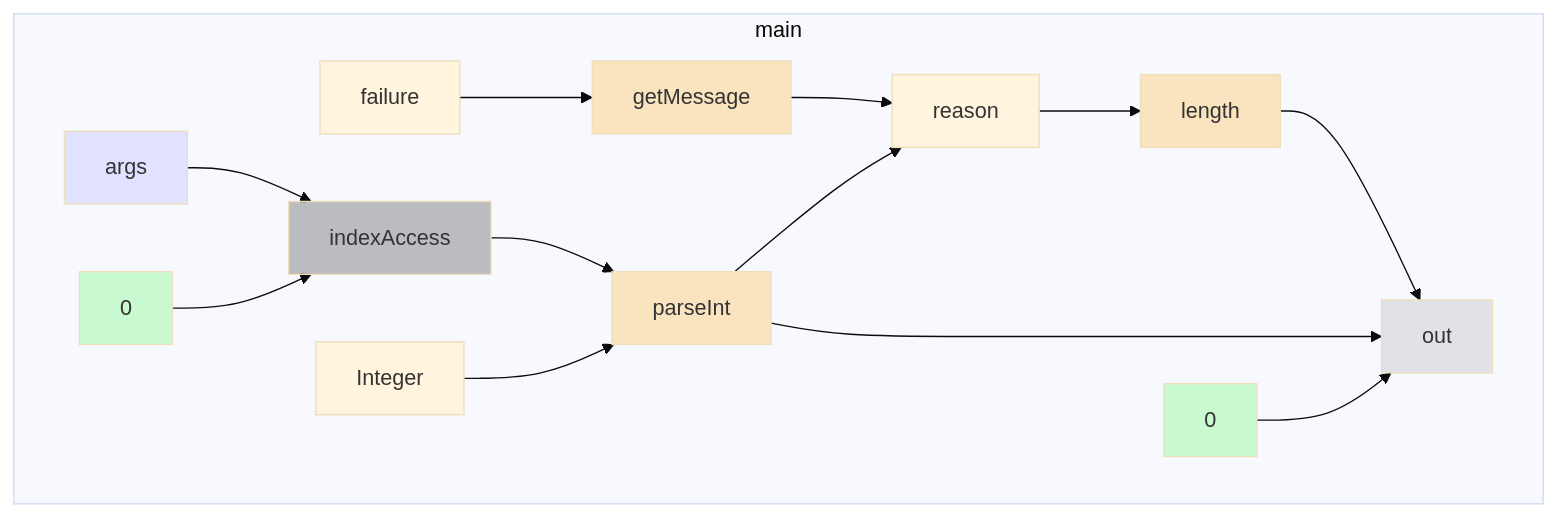
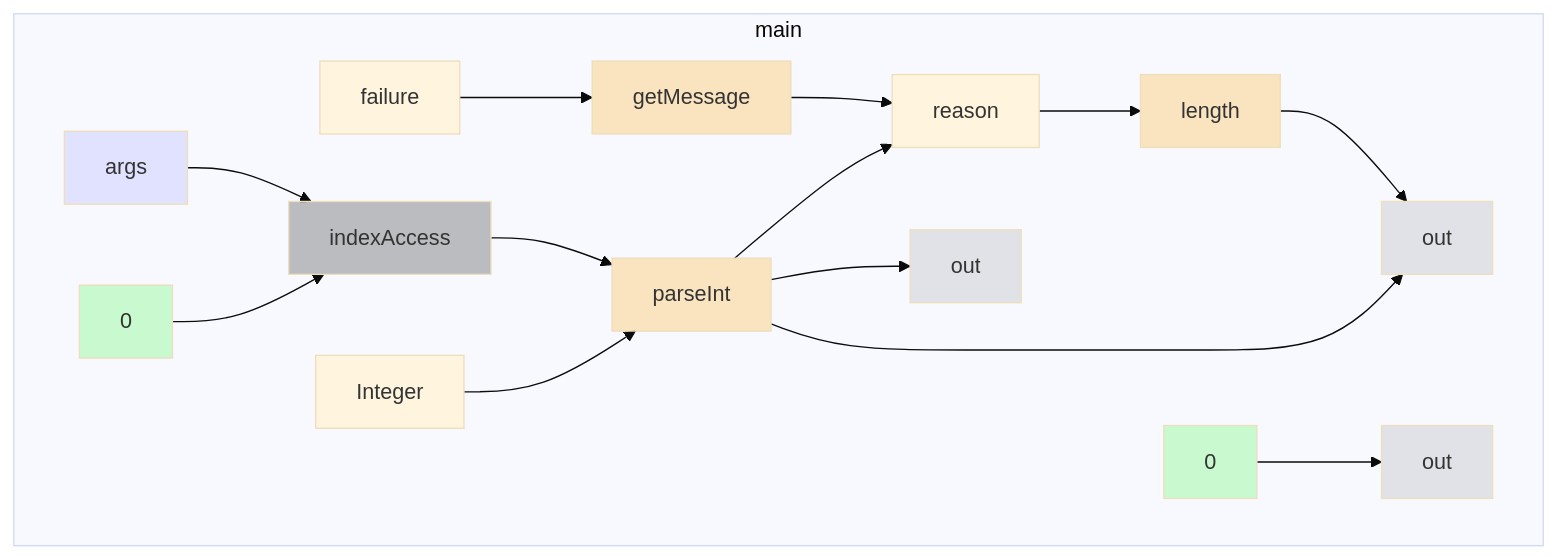
The diagram in app/src/test/resources/catchParameter/spike-truth.md (gstiebler/codeflow), drawn with Mermaid (base theme) before and after one commit. The commit also changed 46 other files, not shown here.

````diff
--- a/app/src/test/resources/catchParameter/spike-truth.md
+++ b/app/src/test/resources/catchParameter/spike-truth.md
@@ -3,34 +3,37 @@
 ```mermaid
 flowchart TD
   subgraph m0["main"]
     n0["indexAccess"]:::BIN_OP
     n1["getMessage"]:::EXTERNAL
     n2["length"]:::EXTERNAL
     n3["parseInt"]:::EXTERNAL
     n4["args"]:::FUNC_PARAM
     n5["0"]:::LITERAL
     n6["0"]:::LITERAL
-    n7["Integer"]:::OBJ_VARIABLE
-    n8["failure"]:::OBJ_VARIABLE
-    n9["out"]:::VARIABLE
-    n10["reason"]:::OBJ_VARIABLE
+    n7["reason"]:::OBJ_VARIABLE
+    n8["Integer"]:::OBJ_VARIABLE
+    n9["failure"]:::OBJ_VARIABLE
+    n10["out"]:::VARIABLE
+    n11["out"]:::VARIABLE
+    n12["out"]:::VARIABLE
   end
   n0 --> n3
-  n1 --> n10
-  n10 --> n2
-  n2 --> n9
+  n1 --> n7
+  n2 --> n11
   n3 --> n10
-  n3 --> n9
+  n3 --> n11
+  n3 --> n7
   n4 --> n0
   n5 --> n0
-  n6 --> n9
-  n7 --> n3
-  n8 --> n1
+  n6 --> n12
+  n7 --> n2
+  n8 --> n3
+  n9 --> n1
   classDef LITERAL fill:#00FF0030
   classDef VARIABLE fill:#80808030
   classDef BIN_OP fill:#80808080
   classDef FUNC_PARAM fill:#8080FF30
   classDef RETURN fill:#FF808080
   classDef EXTERNAL fill:#FFA50040
   classDef UNMODELLED fill:#FF000030,stroke-dasharray: 4 2
 ```
````
